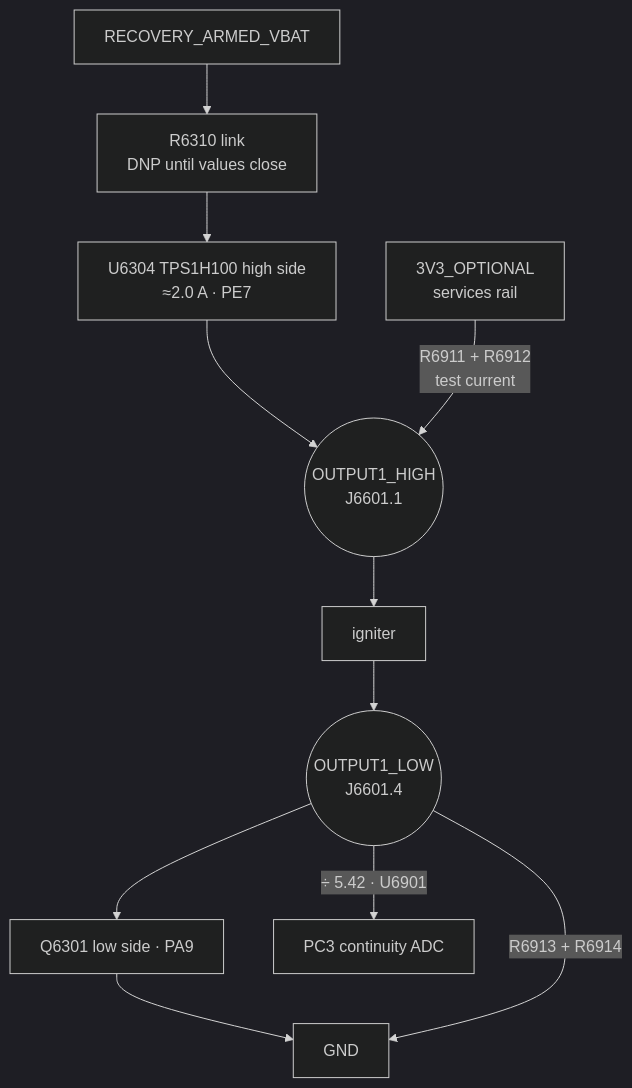
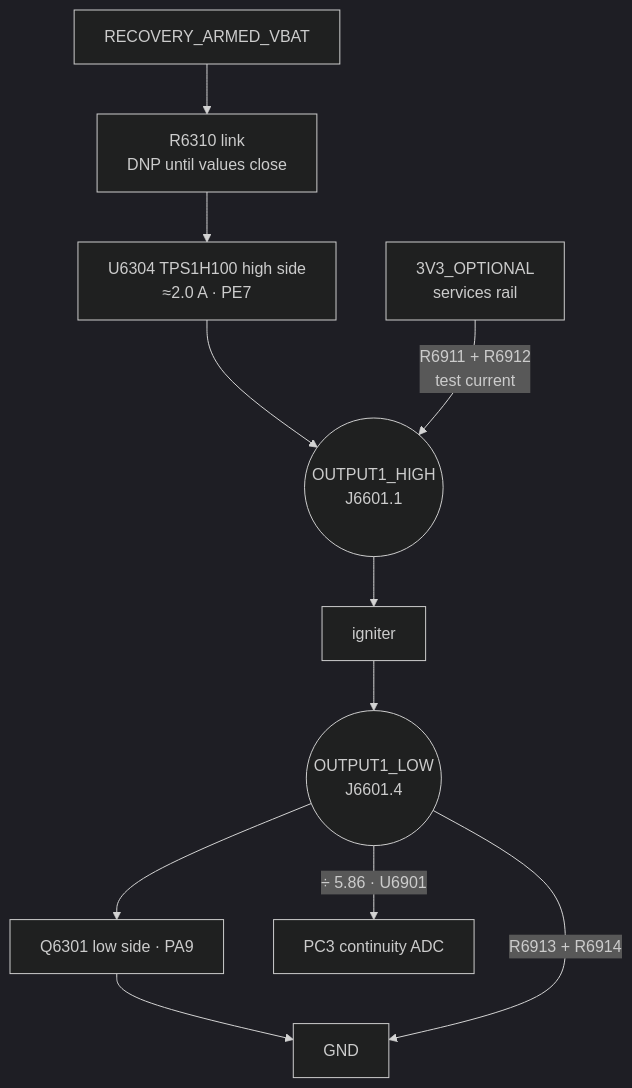
The second of 2 diagrams in docs/architecture/03-energetic-outputs.md (ULAS-HiPR/Ogma2), drawn with Mermaid (dark theme) before and after one commit. The commit also changed other lines of this file and 2 other files, not shown here.

First line of the commit message:
Continuity divider is ÷5.86, not ÷5.42

````diff
--- a/docs/architecture/03-energetic-outputs.md
+++ b/docs/architecture/03-energetic-outputs.md
@@ -39,16 +39,16 @@
 ```mermaid
 flowchart TB
   ARM["RECOVERY_ARMED_VBAT"] --> LINK["R6310 link
 DNP until values close"] --> HS["U6304 TPS1H100 high side
 ≈2.0 A · PE7"]
   HS --> HI(("OUTPUT1_HIGH
 J6601.1"))
   SVC["3V3_OPTIONAL
 services rail"] -->|"R6911 + R6912
 test current"| HI
   HI --> IGN["igniter"] --> LO(("OUTPUT1_LOW
 J6601.4"))
   LO --> LS["Q6301 low side · PA9"] --> G["GND"]
   LO -->|"R6913 + R6914"| G
-  LO -->|"÷ 5.42 · U6901"| ADC["PC3 continuity ADC"]
+  LO -->|"÷ 5.86 · U6901"| ADC["PC3 continuity ADC"]
 ```
````
